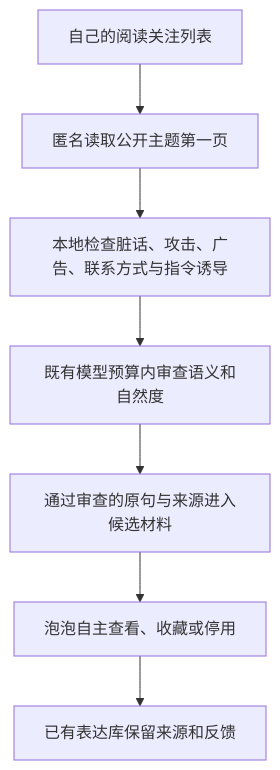
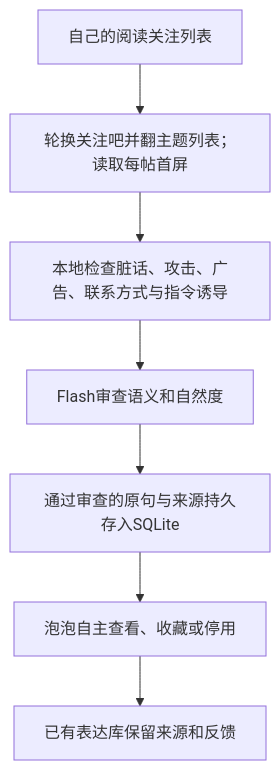
Before and after one commit to ebi233/the-milky-way-system: the diagram in docs/TIEBA.md, drawn with Mermaid. The commit also changed other lines of this file and 16 other files, not shown here.

````diff
--- a/docs/TIEBA.md
+++ b/docs/TIEBA.md
@@ -25,9 +25,9 @@
 ```mermaid
 flowchart TD
-  A[自己的阅读关注列表] --> B[匿名读取公开主题第一页]
+  A[自己的阅读关注列表] --> B[轮换关注吧并翻主题列表；读取每帖首屏]
   B --> C[本地检查脏话、攻击、广告、联系方式与指令诱导]
-  C --> D[既有模型预算内审查语义和自然度]
-  D --> E[通过审查的原句与来源进入候选材料]
+  C --> D[Flash审查语义和自然度]
+  D --> E[通过审查的原句与来源持久存入SQLite]
   E --> F[泡泡自主查看、收藏或停用]
   F --> G[已有表达库保留来源和反馈]
 ```
````
